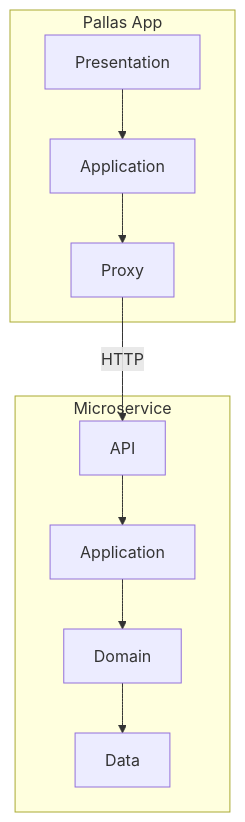
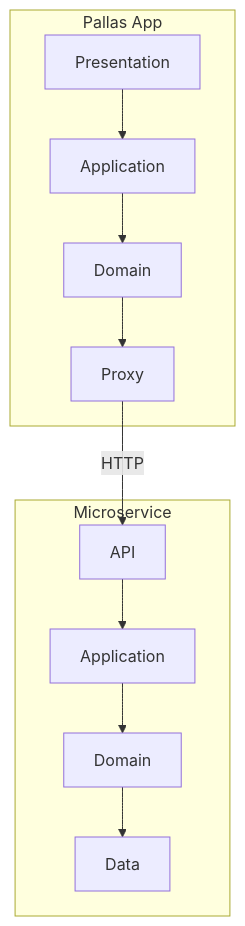
One commit to jurrien-de-klerk/pallas_today changed the second of 2 diagrams in doc/architecture/architecture-overview.md. Above: the diagram before and after it, drawn with Mermaid. The commit also changed other lines of this file, not shown here.

Commit message:
docs: update architecture overview for app domain layer (ADR-0013)

````diff
--- a/doc/architecture/architecture-overview.md
+++ b/doc/architecture/architecture-overview.md
@@ -89,15 +95,16 @@
 ```mermaid
 graph TD
     subgraph Pallas App
         Presentation --> Application_App[Application]
-        Application_App --> Proxy
+        Application_App --> Domain_App[Domain]
+        Domain_App --> Proxy
     end
 
     subgraph Microservice
         API --> Application_Svc[Application]
         Application_Svc --> Domain
         Domain --> Data
     end
 
     Proxy -->|HTTP| API
 ```
````
